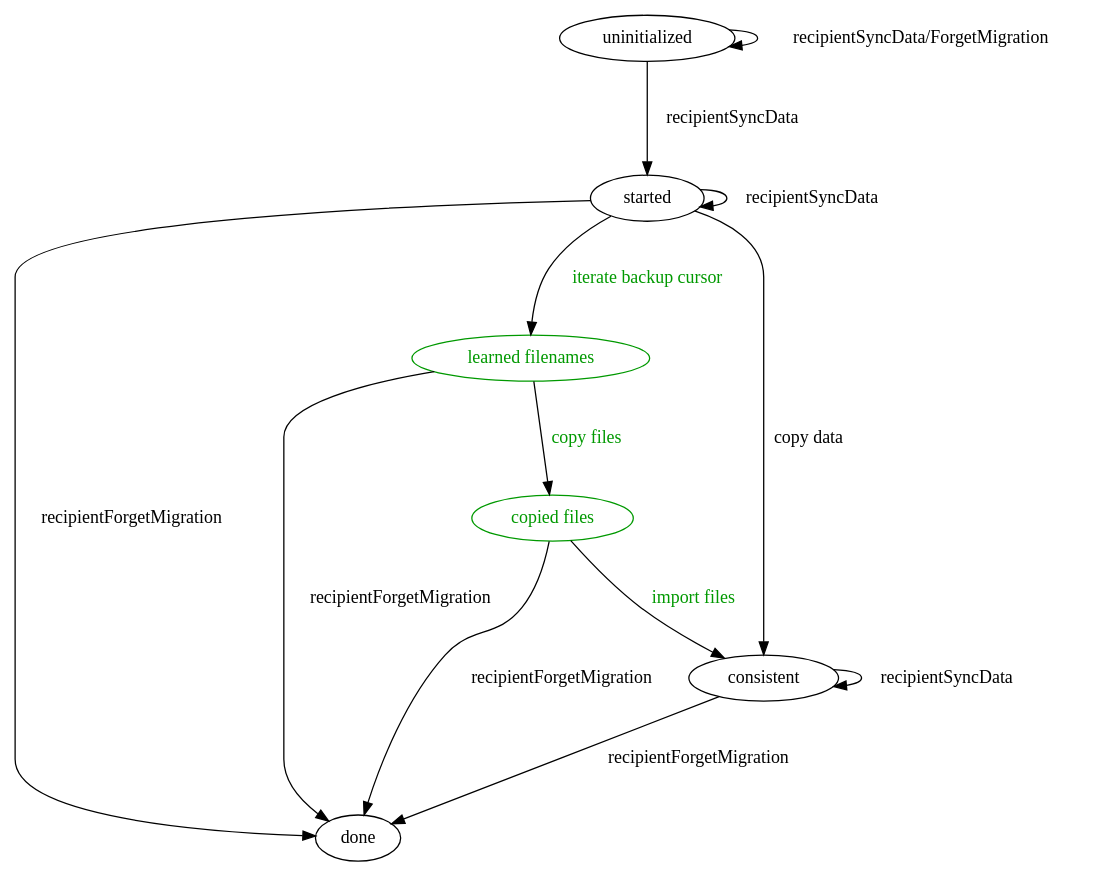
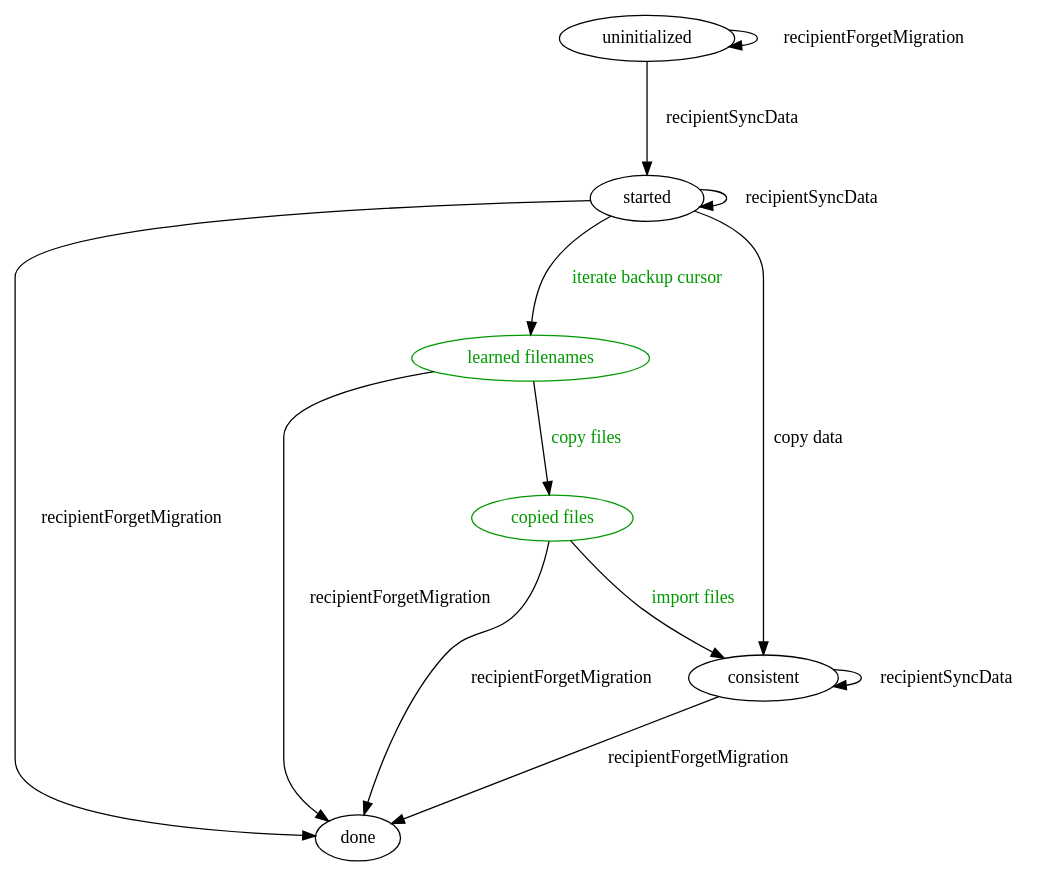
One commit to ajdavis/begin-implementing-merge changed the diagram in merge-recipient.dot. Above: the diagram before and after it, drawn with Graphviz.

Commit message:
del R's self-edge to "uninitialized"

```diff
--- a/merge-recipient.dot
+++ b/merge-recipient.dot
@@ -1,21 +1,21 @@
 digraph G {
 	edge [minlen=2];
     b0 [label="uninitialized"];
     b1 [label="started"];
     b6 [label="learned filenames", fontcolor="#009900", color="#009900"];
     b7 [label="copied files", fontcolor="#009900", color="#009900"];
     b2 [label="consistent"];
     b4 [label="done"];
-    b0 -> b0 [label="recipientSyncData/ForgetMigration"];
+    b0 -> b0 [label="recipientForgetMigration"];
     b0 -> b1 [label="recipientSyncData"];
     b1 -> b2 [label="copy data", weight=2];
     b1 -> b6 [label="iterate backup cursor", fontcolor="#009900"];
     b6 -> b7 [label="copy files", fontcolor="#009900"];
     b6 -> b4 [label="recipientForgetMigration"];
     b7 -> b2 [label="import files", fontcolor="#009900"];
     b7 -> b4 [label="recipientForgetMigration"];
     b1 -> b1 [label="recipientSyncData"];
     b1 -> b4 [label="recipientForgetMigration"];
     b2 -> b2 [label="recipientSyncData"];
     b2 -> b4 [label="recipientForgetMigration"];
 }
```
